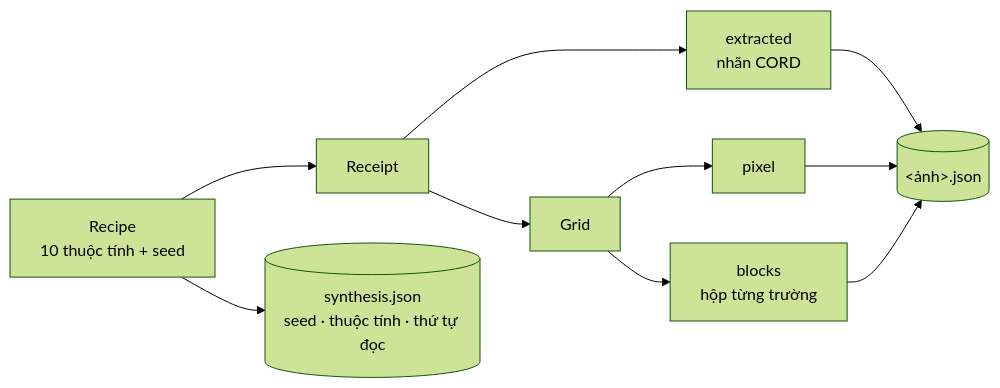
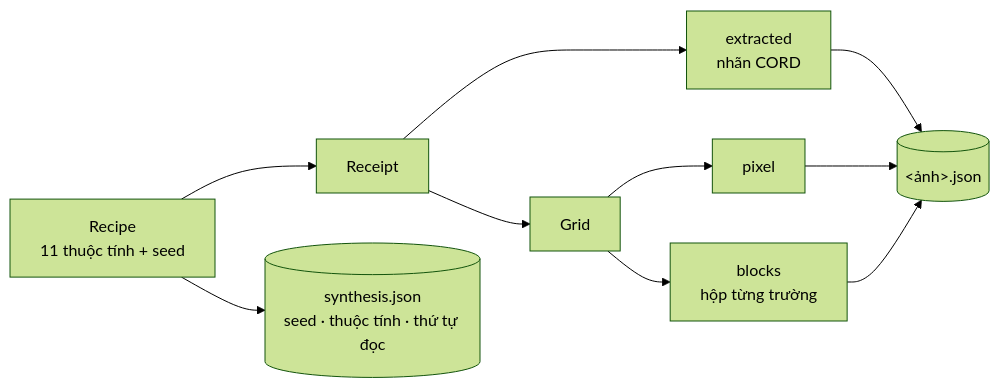
The fourth of 5 diagrams in README.md (LinhPhuong14/vlm-ocr-synthetic), drawn with Mermaid (forest theme) before and after one commit. The commit also changed other lines of this file and 119 other files, not shown here.

````diff
--- a/README.md
+++ b/README.md
@@ -187,10 +188,10 @@
 ```mermaid
 flowchart LR
-    R["Recipe<br/>10 thuộc tính + seed"] --> RC["Receipt"]
+    R["Recipe<br/>11 thuộc tính + seed"] --> RC["Receipt"]
     RC --> GT["extracted<br/>nhãn CORD"]
     RC --> G["Grid"]
     G --> PX["pixel"]
     G --> BX["blocks<br/>hộp từng trường"]
     GT & PX & BX --> J[("&lt;ảnh&gt;.json")]
     R --> SY[("synthesis.json<br/>seed · thuộc tính · thứ tự đọc")]
 ```
````
